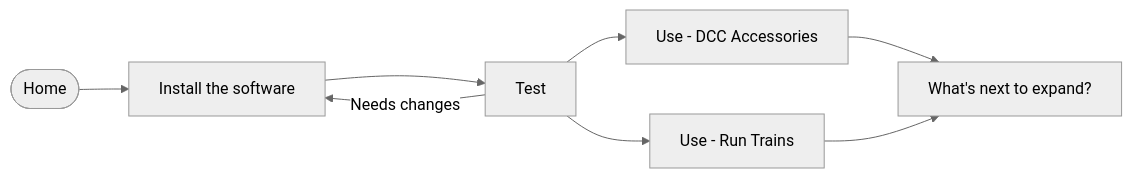
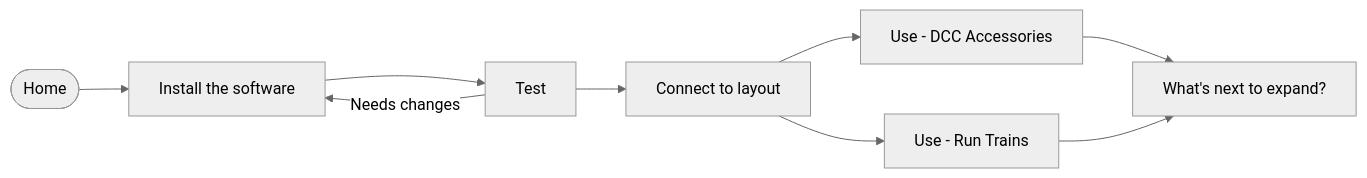
One commit to DCC-EX/mkdocs-test changed the fourth of 10 diagrams in docs/contributing/user-journeys.md. Above: the diagram before and after it, drawn with Mermaid (neutral theme). The commit also changed 12 other files, not shown here.

````diff
--- a/docs/contributing/user-journeys.md
+++ b/docs/contributing/user-journeys.md
@@ -50,10 +50,11 @@
 ```mermaid
 graph LR
     A([Home]) --> B[Install the software];
     B --> C[Test];
     C --> |Needs changes| B;
-    C --> D[Use - Run Trains];
-    C --> E[Use - DCC Accessories];
-    E --> F[What's next to expand?];
-    D --> F;
+    C --> D[Connect to layout];
+    D --> E[Use - Run Trains];
+    D --> F[Use - DCC Accessories];
+    F --> G[What's next to expand?];
+    E --> G;
 ```
````
